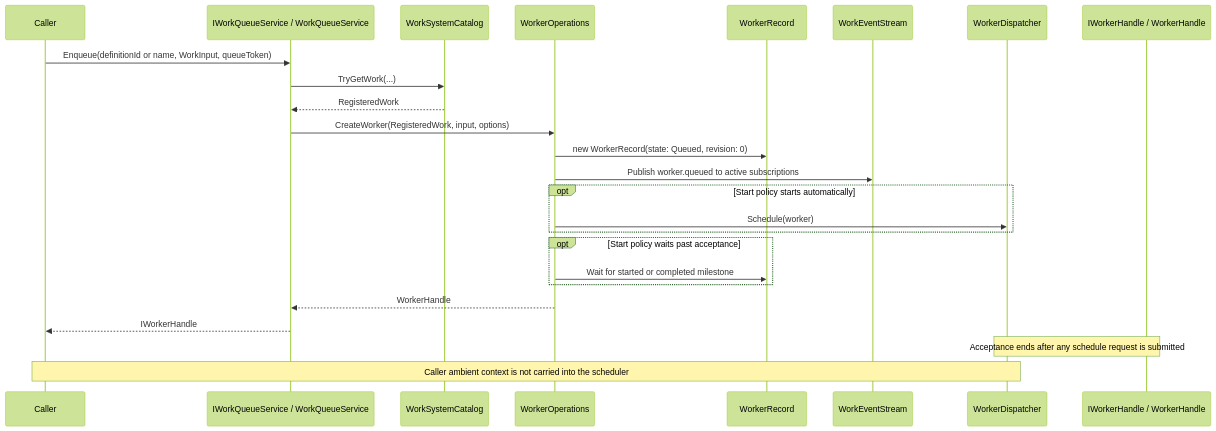
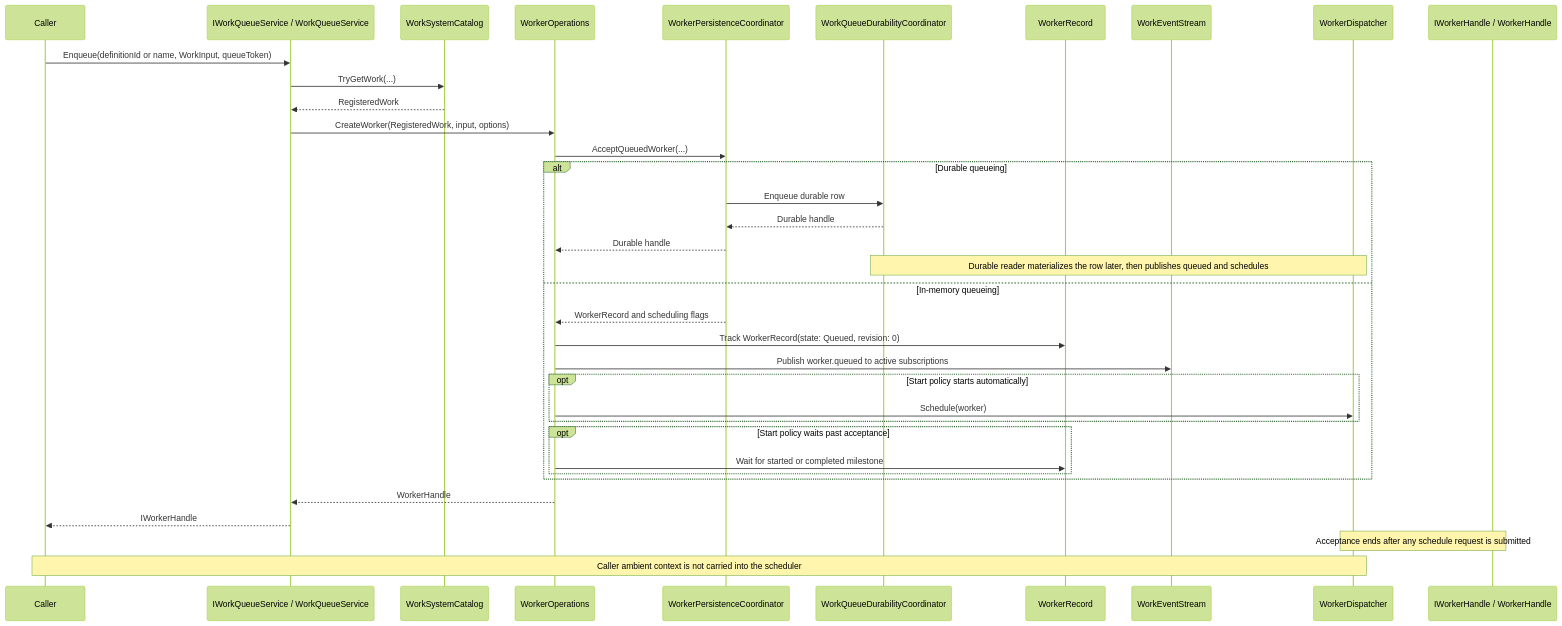
The first of 5 diagrams in docs/work-lifecycle.md (aliendomain/workable), drawn with Mermaid (forest theme) before and after one commit. The commit also changed other lines of this file and 66 other files, not shown here.

````diff
--- a/docs/work-lifecycle.md
+++ b/docs/work-lifecycle.md
@@ -15,30 +15,41 @@
 ```mermaid
 sequenceDiagram
     participant Caller
     participant Queue as IWorkQueueService / WorkQueueService
     participant Catalog as WorkSystemCatalog
     participant Ops as WorkerOperations
+    participant Persistence as WorkerPersistenceCoordinator
+    participant Durability as WorkQueueDurabilityCoordinator
     participant Record as WorkerRecord
     participant Events as WorkEventStream
     participant Dispatcher as WorkerDispatcher
     participant Handle as IWorkerHandle / WorkerHandle
 
     Caller->>Queue: Enqueue(definitionId or name, WorkInput, queueToken)
     Queue->>Catalog: TryGetWork(...)
     Catalog-->>Queue: RegisteredWork
     Queue->>Ops: CreateWorker(RegisteredWork, input, options)
+    Ops->>Persistence: AcceptQueuedWorker(...)
 
-    Ops->>Record: new WorkerRecord(state: Queued, revision: 0)
-    Ops->>Events: Publish worker.queued to active subscriptions
-    opt Start policy starts automatically
-    Ops->>Dispatcher: Schedule(worker)
-    end
-    opt Start policy waits past acceptance
-    Ops->>Record: Wait for started or completed milestone
+    alt Durable queueing
+        Persistence->>Durability: Enqueue durable row
+        Durability-->>Persistence: Durable handle
+        Persistence-->>Ops: Durable handle
+        Note over Durability,Dispatcher: Durable reader materializes the row later, then publishes queued and schedules
+    else In-memory queueing
+        Persistence-->>Ops: WorkerRecord and scheduling flags
+        Ops->>Record: Track WorkerRecord(state: Queued, revision: 0)
+        Ops->>Events: Publish worker.queued to active subscriptions
+        opt Start policy starts automatically
+            Ops->>Dispatcher: Schedule(worker)
+        end
+        opt Start policy waits past acceptance
+            Ops->>Record: Wait for started or completed milestone
+        end
     end
     Ops-->>Queue: WorkerHandle
     Queue-->>Caller: IWorkerHandle
 
     Note over Dispatcher,Handle: Acceptance ends after any schedule request is submitted
     Note over Caller,Dispatcher: Caller ambient context is not carried into the scheduler
 ```
````
